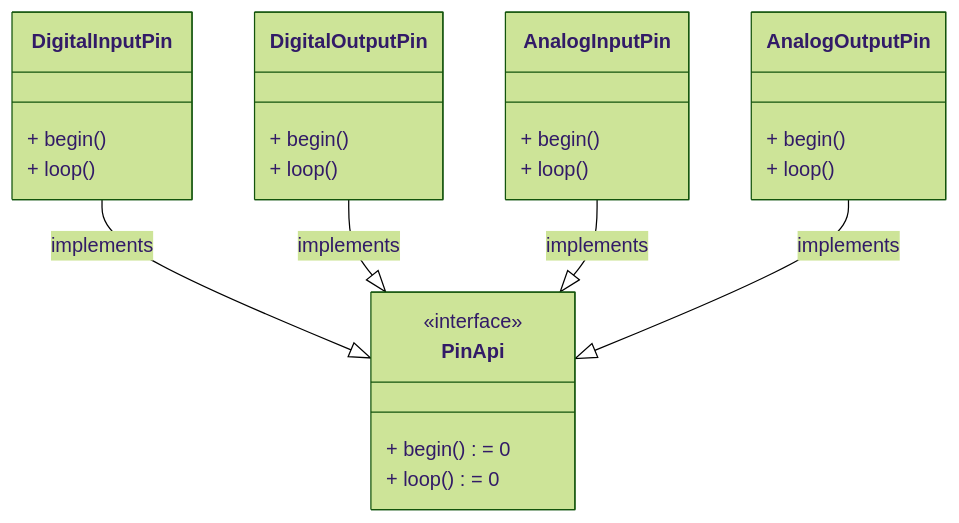
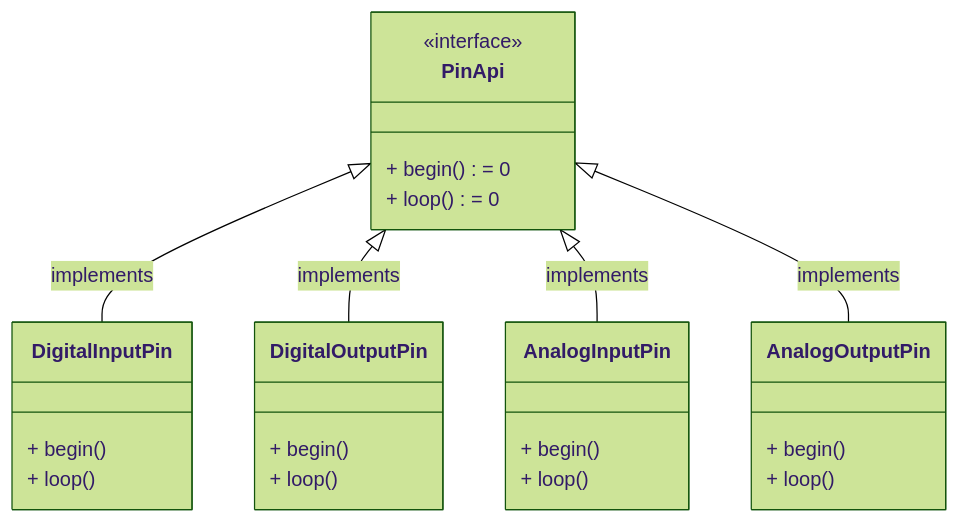
Before and after one commit to aserebryakov/arduino-cpp-components-library: the second of 4 diagrams in README.md, drawn with Mermaid (forest theme). The commit also changed other lines of this file, not shown here.

Commit message:
Documentation: Updates diagrams to be properly oriented and correspond namings in the code

````diff
--- a/README.md
+++ b/README.md
@@ -42,33 +42,34 @@
 ```mermaid
 classDiagram
+    direction BT
     class PinApi {
         <<interface>>
         + begin() = 0
         + loop() = 0
     }
 
     class DigitalInputPin {
         + begin()
         + loop()
     }
 
     class DigitalOutputPin {
         + begin()
         + loop()
     }
 
     class AnalogInputPin {
         + begin()
         + loop()
     }
 
     class AnalogOutputPin {
         + begin()
         + loop()
     }
 
     DigitalInputPin --|> PinApi : implements
     DigitalOutputPin --|> PinApi : implements
     AnalogInputPin --|> PinApi : implements
     AnalogOutputPin --|> PinApi : implements
 ```
````
